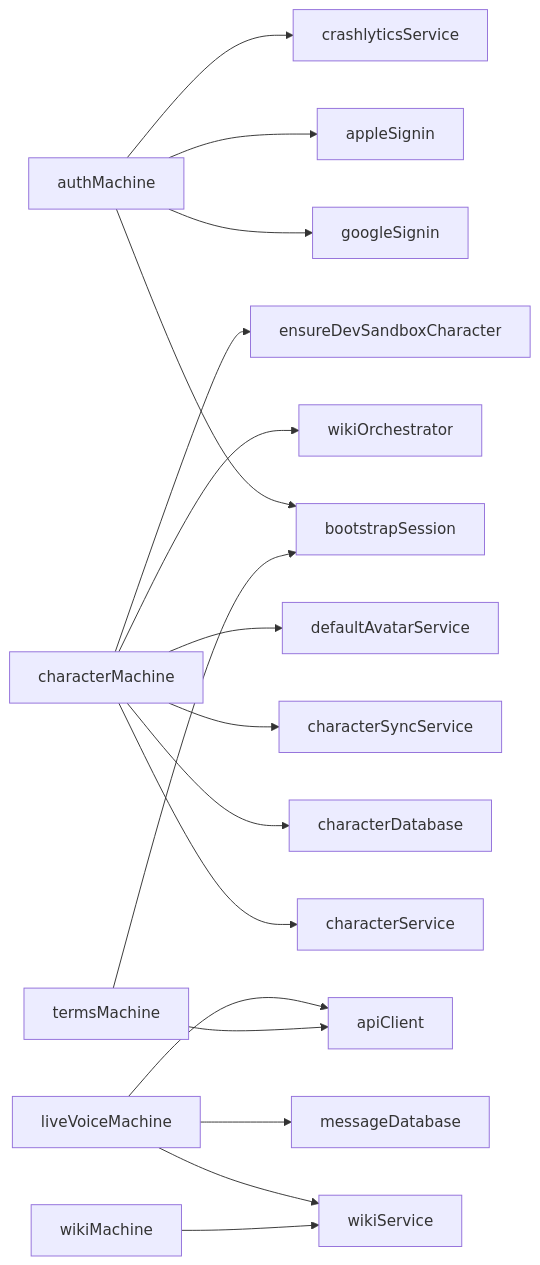
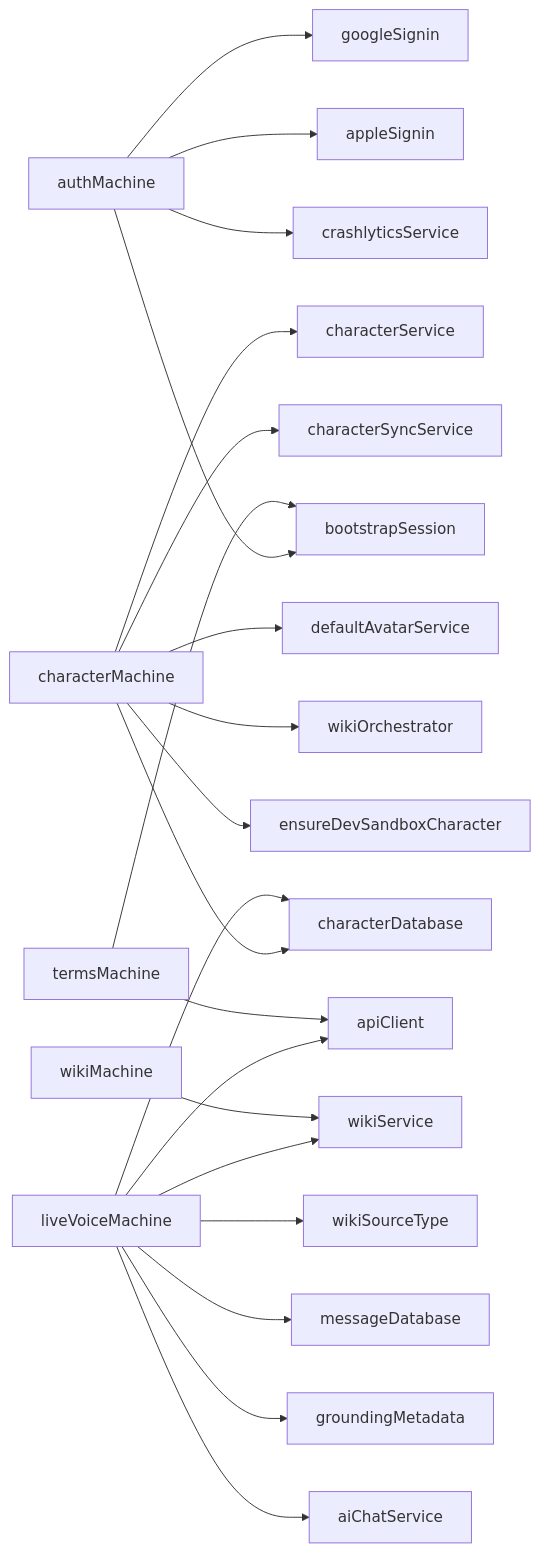
Before and after one commit to equationalapplications/clanker: the diagram in docs/flowcharts/MACHINES.md, drawn with Mermaid. The commit also changed 3 other files, not shown here.

First line of the commit message:
chore(flowcharts): regenerate dependency charts

````diff
--- a/docs/flowcharts/MACHINES.md
+++ b/docs/flowcharts/MACHINES.md
@@ -4,19 +4,23 @@
 ```mermaid
 graph LR
   authMachine --> googleSignin
   authMachine --> appleSignin
   authMachine --> bootstrapSession
   authMachine --> crashlyticsService
   characterMachine --> characterService
   characterMachine --> characterDatabase
   characterMachine --> characterSyncService
   characterMachine --> defaultAvatarService
   characterMachine --> wikiOrchestrator
   characterMachine --> ensureDevSandboxCharacter
   liveVoiceMachine --> wikiService
   liveVoiceMachine --> apiClient
+  liveVoiceMachine --> wikiSourceType
   liveVoiceMachine --> messageDatabase
+  liveVoiceMachine --> characterDatabase
+  liveVoiceMachine --> groundingMetadata
+  liveVoiceMachine --> aiChatService
   termsMachine --> apiClient
   termsMachine --> bootstrapSession
   wikiMachine --> wikiService
 ```
````
